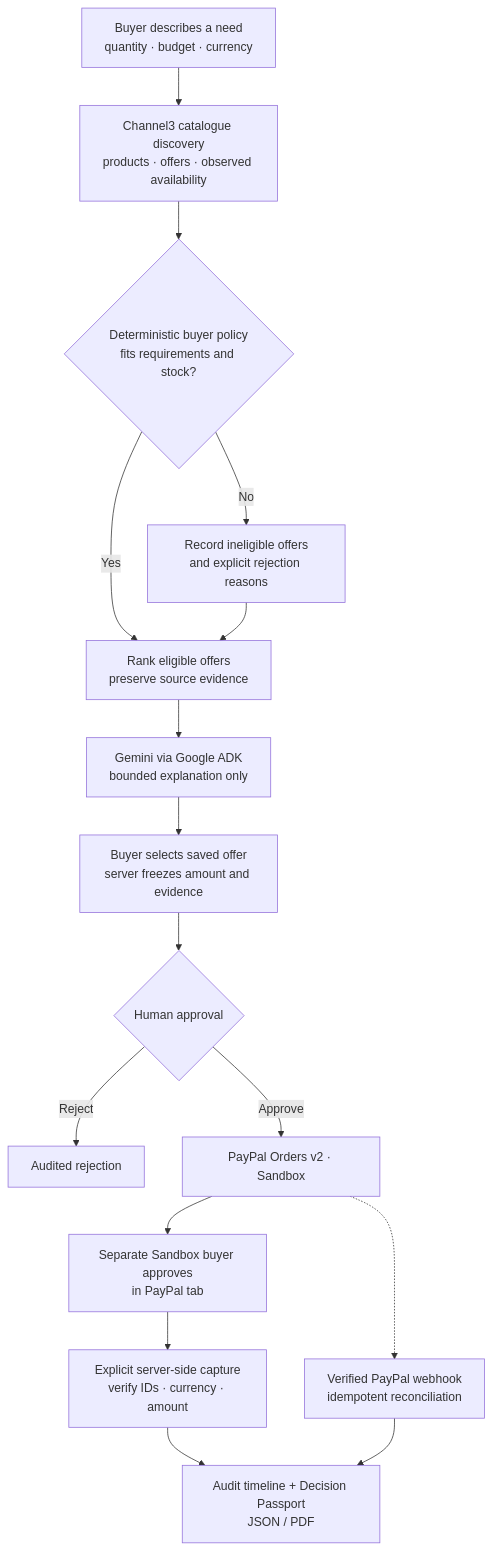
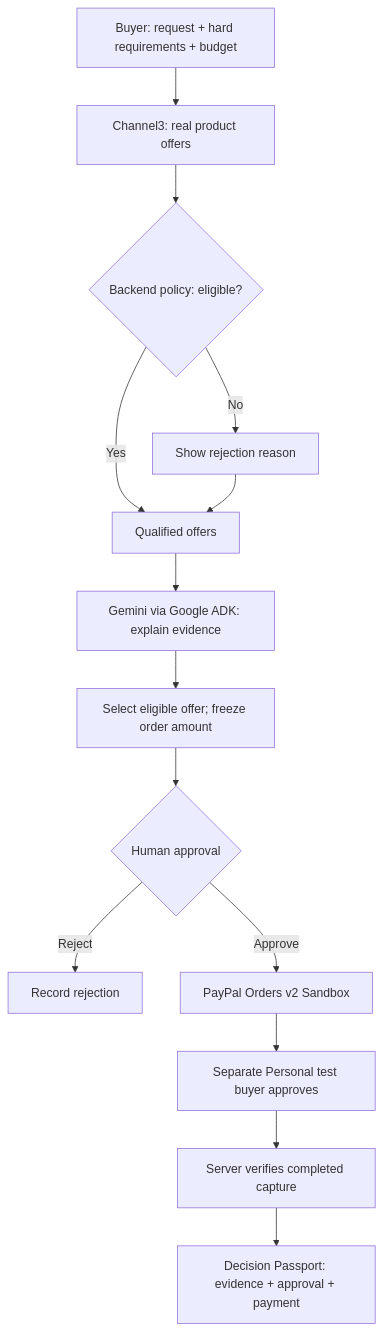
One commit to PerezChris99/ProcurePilot-AI changed the first of 2 diagrams in README.md. Above: the diagram before and after it, drawn with Mermaid. The commit also changed other lines of this file, not shown here.

````diff
--- a/README.md
+++ b/README.md
@@ -42,18 +19,16 @@
-```mermaid
+~~~mermaid
 flowchart TD
-    A["Buyer describes a need<br/>quantity · budget · currency"] --> B["Channel3 catalogue discovery<br/>products · offers · observed availability"]
-    B --> C{"Deterministic buyer policy<br/>fits requirements and stock?"}
-    C -->|No| D["Record ineligible offers<br/>and explicit rejection reasons"]
-    C -->|Yes| E["Rank eligible offers<br/>preserve source evidence"]
+    A["Buyer: request + hard requirements + budget"] --> B["Channel3: real product offers"]
+    B --> C{"Backend policy: eligible?"}
+    C -->|No| D["Show rejection reason"]
+    C -->|Yes| E["Qualified offers"]
     D --> E
-    E --> F["Gemini via Google ADK<br/>bounded explanation only"]
-    F --> G["Buyer selects saved offer<br/>server freezes amount and evidence"]
+    E --> F["Gemini via Google ADK: explain evidence"]
+    F --> G["Select eligible offer; freeze order amount"]
     G --> H{"Human approval"}
-    H -->|Reject| I["Audited rejection"]
-    H -->|Approve| J["PayPal Orders v2 · Sandbox"]
-    J --> K["Separate Sandbox buyer approves<br/>in PayPal tab"]
-    K --> L["Explicit server-side capture<br/>verify IDs · currency · amount"]
-    L --> M["Audit timeline + Decision Passport<br/>JSON / PDF"]
-    N["Verified PayPal webhook<br/>idempotent reconciliation"] --> M
-    J -.-> N
-```
+    H -->|Reject| R["Record rejection"]
+    H -->|Approve| I["PayPal Orders v2 Sandbox"]
+    I --> J["Separate Personal test buyer approves"]
+    J --> K["Server verifies completed capture"]
+    K --> L["Decision Passport: evidence + approval + payment"]
+~~~
````
